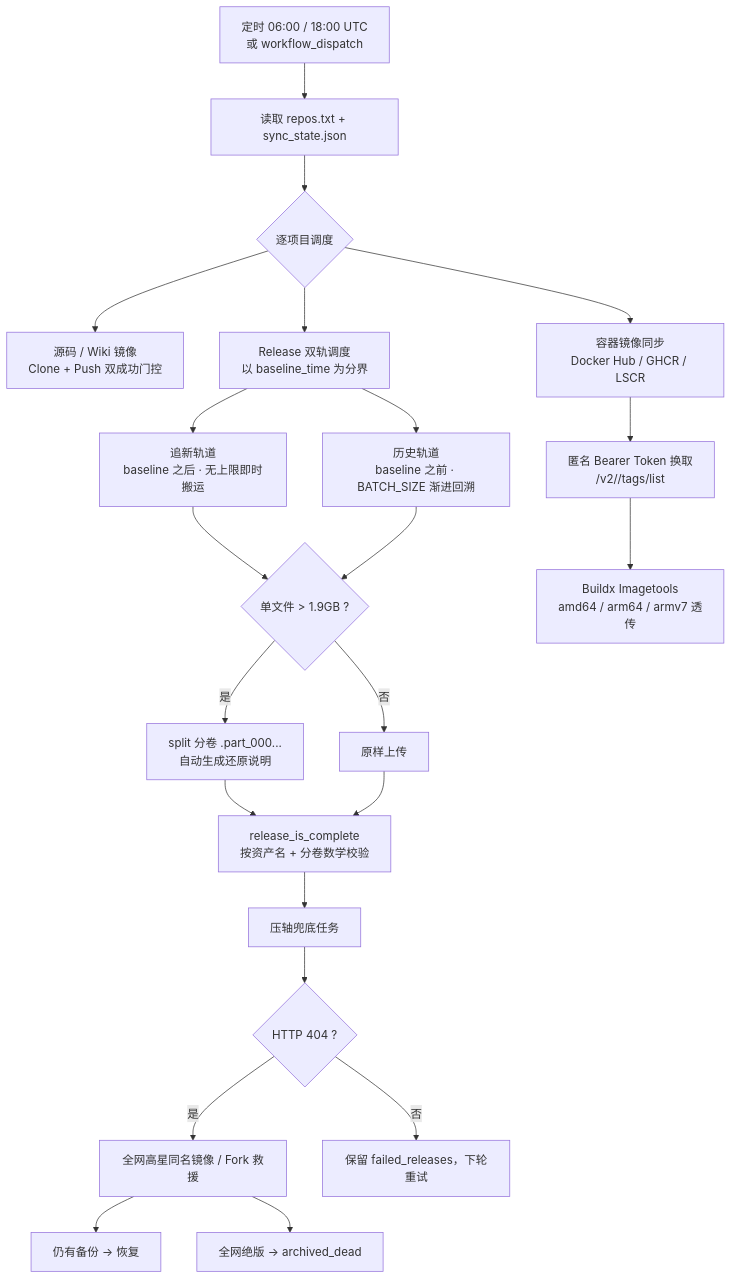
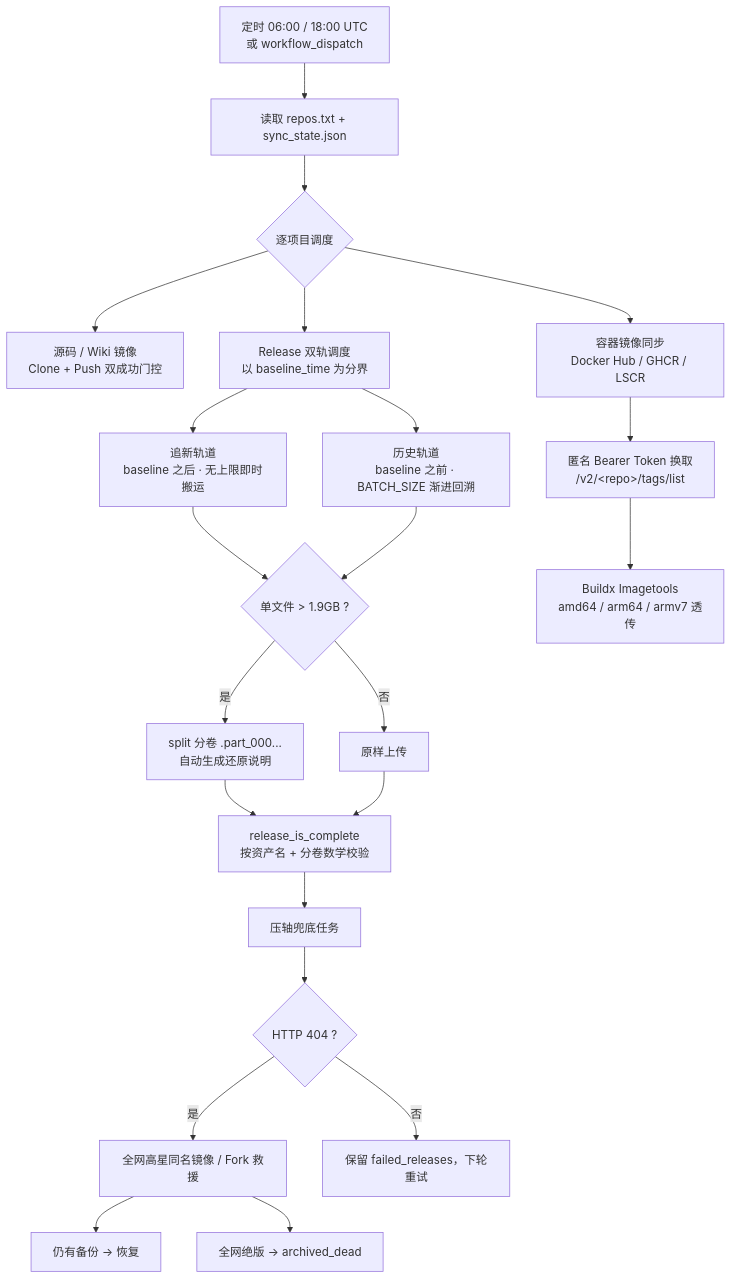
Before and after one commit to liufengtao393/mirror-hub: the diagram in README.md, drawn with Mermaid. The commit also changed other lines of this file, not shown here.

````diff
--- a/README.md
+++ b/README.md
@@ -50,29 +50,29 @@
 ```mermaid
 flowchart TD
     A["定时 06:00 / 18:00 UTC<br/>或 workflow_dispatch"] --> B["读取 repos.txt + sync_state.json"]
     B --> C{"逐项目调度"}
 
     C --> D["源码 / Wiki 镜像<br/>Clone + Push 双成功门控"]
     C --> E["Release 双轨调度<br/>以 baseline_time 为分界"]
     C --> F["容器镜像同步<br/>Docker Hub / GHCR / LSCR"]
 
     E --> E1["追新轨道<br/>baseline 之后 · 无上限即时搬运"]
     E --> E2["历史轨道<br/>baseline 之前 · BATCH_SIZE 渐进回溯"]
 
     E1 --> G{"单文件 > 1.9GB ?"}
     E2 --> G
     G -- 是 --> H["split 分卷 .part_000...<br/>自动生成还原说明"]
     G -- 否 --> I["原样上传"]
     H --> J["release_is_complete<br/>按资产名 + 分卷数学校验"]
     I --> J
 
-    F --> K["匿名 Bearer Token 换取<br/>/v2/<repo>/tags/list"]
+    F --> K["匿名 Bearer Token 换取<br/>/v2/&lt;repo&gt;/tags/list"]
     K --> L["Buildx Imagetools<br/>amd64 / arm64 / armv7 透传"]
 
     J --> M["压轴兜底任务"]
     M --> N{"HTTP 404 ?"}
     N -- 是 --> O["全网高星同名镜像 / Fork 救援"]
     O --> P["仍有备份 → 恢复"]
     O --> Q["全网绝版 → archived_dead"]
     N -- 否 --> R["保留 failed_releases，下轮重试"]
 ```
````
